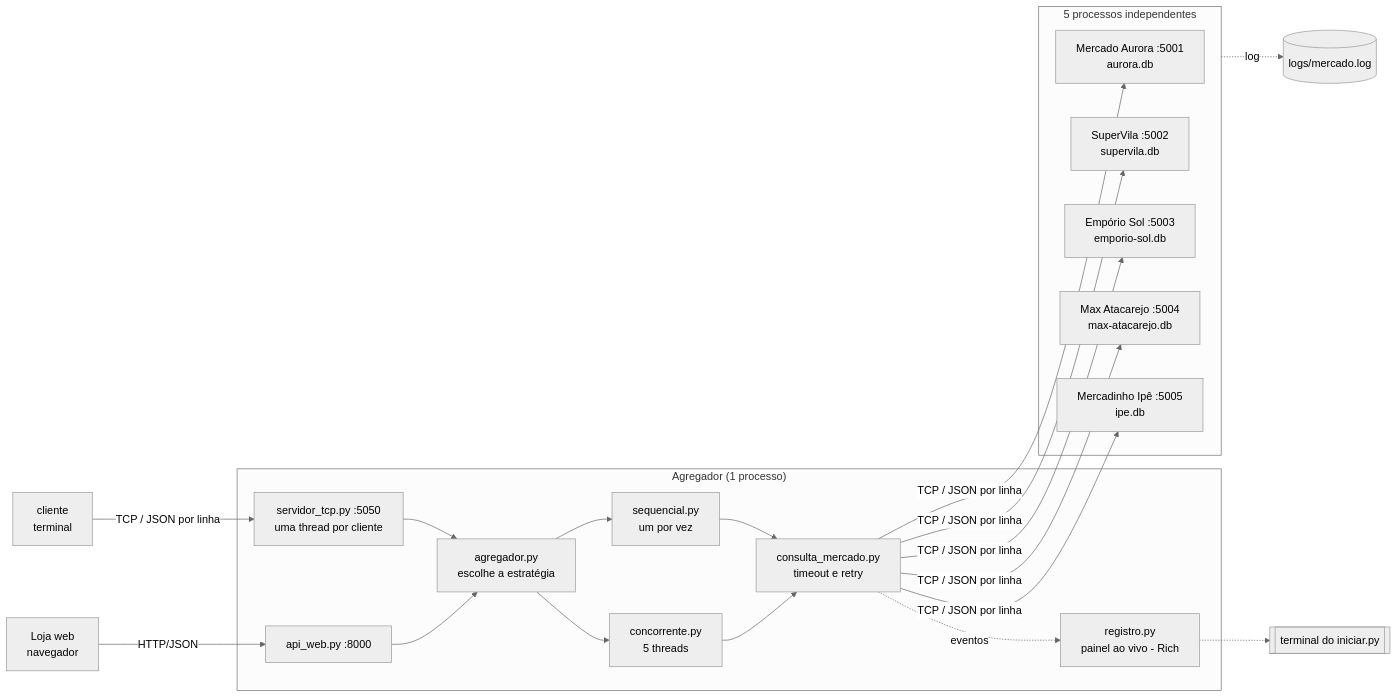
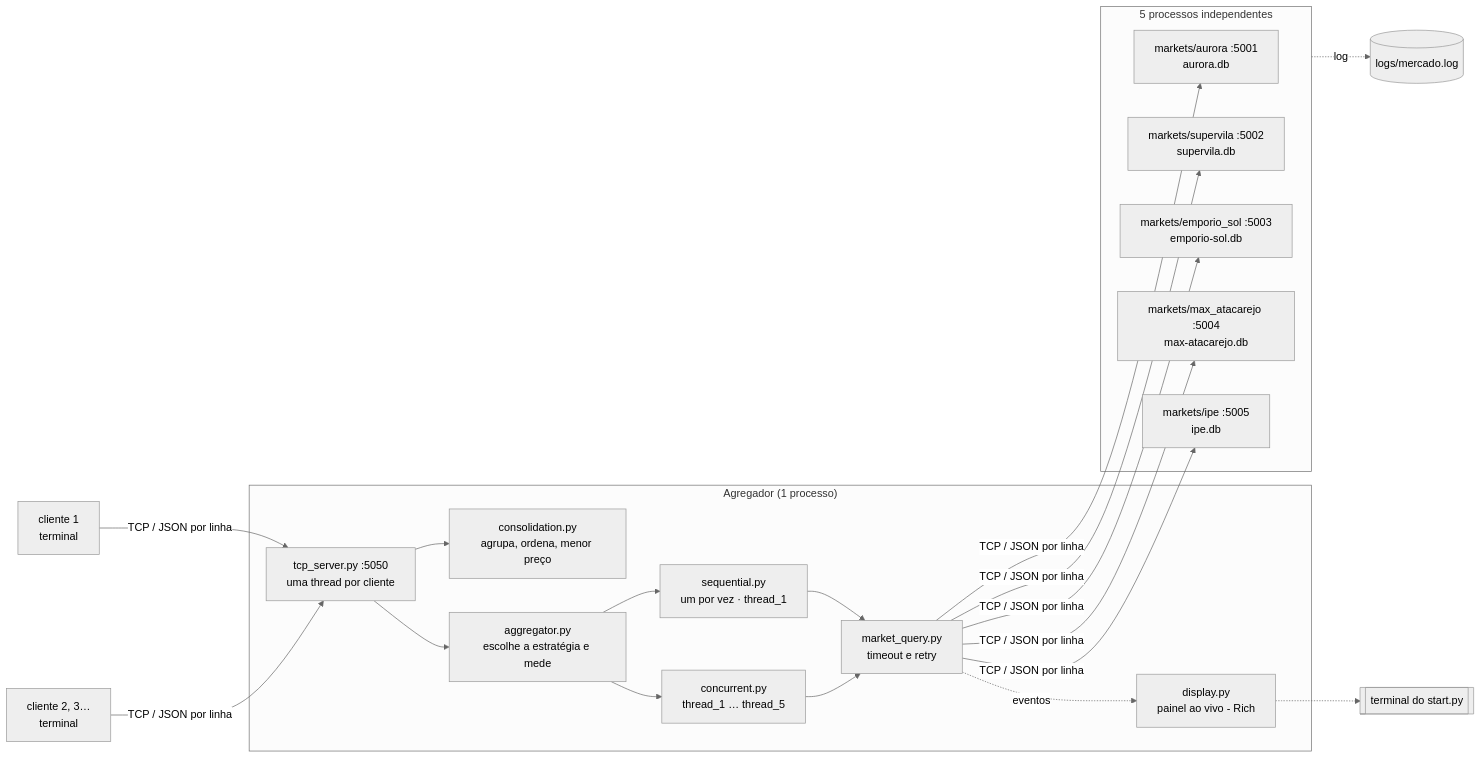
The first of 4 diagrams in docs/arquitetura.md (coelhomarcus/market-sync), drawn with Mermaid (neutral theme) before and after one commit. The commit also changed other lines of this file and 51 other files, not shown here.

````diff
--- a/docs/arquitetura.md
+++ b/docs/arquitetura.md
@@ -15,31 +17,31 @@
 ```mermaid
 flowchart LR
-    CLI[cliente<br/>terminal]
-    L[Loja web<br/>navegador]
+    C1[cliente 1<br/>terminal]
+    C2[cliente 2, 3…<br/>terminal]
     subgraph Agregador["Agregador (1 processo)"]
-        TS[servidor_tcp.py :5050<br/>uma thread por cliente]
-        R[api_web.py :8000]
-        A[agregador.py<br/>escolhe a estratégia]
-        SEQ[sequencial.py<br/>um por vez]
-        CON[concorrente.py<br/>5 threads]
-        T[consulta_mercado.py<br/>timeout e retry]
-        LOG[registro.py<br/>painel ao vivo - Rich]
+        TS[tcp_server.py :5050<br/>uma thread por cliente]
+        CO[consolidation.py<br/>agrupa, ordena, menor preço]
+        A[aggregator.py<br/>escolhe a estratégia e mede]
+        SEQ[sequential.py<br/>um por vez · thread_1]
+        CON[concurrent.py<br/>thread_1 … thread_5]
+        T[market_query.py<br/>timeout e retry]
+        D[display.py<br/>painel ao vivo - Rich]
     end
     subgraph Mercados["5 processos independentes"]
-        M1[Mercado Aurora :5001<br/>aurora.db]
-        M2[SuperVila :5002<br/>supervila.db]
-        M3[Empório Sol :5003<br/>emporio-sol.db]
-        M4[Max Atacarejo :5004<br/>max-atacarejo.db]
-        M5[Mercadinho Ipê :5005<br/>ipe.db]
+        M1[markets/aurora :5001<br/>aurora.db]
+        M2[markets/supervila :5002<br/>supervila.db]
+        M3[markets/emporio_sol :5003<br/>emporio-sol.db]
+        M4[markets/max_atacarejo :5004<br/>max-atacarejo.db]
+        M5[markets/ipe :5005<br/>ipe.db]
     end
-    TERM[[terminal do iniciar.py]]
+    TERM[[terminal do start.py]]
 
-    CLI -- TCP / JSON por linha --> TS
-    L -- HTTP/JSON --> R
+    C1 -- TCP / JSON por linha --> TS
+    C2 -- TCP / JSON por linha --> TS
     TS --> A
-    R --> A
+    TS --> CO
     A --> SEQ & CON --> T
     T -- TCP / JSON por linha --> M1 & M2 & M3 & M4 & M5
-    T -. eventos .-> LOG -.-> TERM
+    T -. eventos .-> D -.-> TERM
     Mercados -. log .-> ARQ[(logs/mercado.log)]
 ```
````
